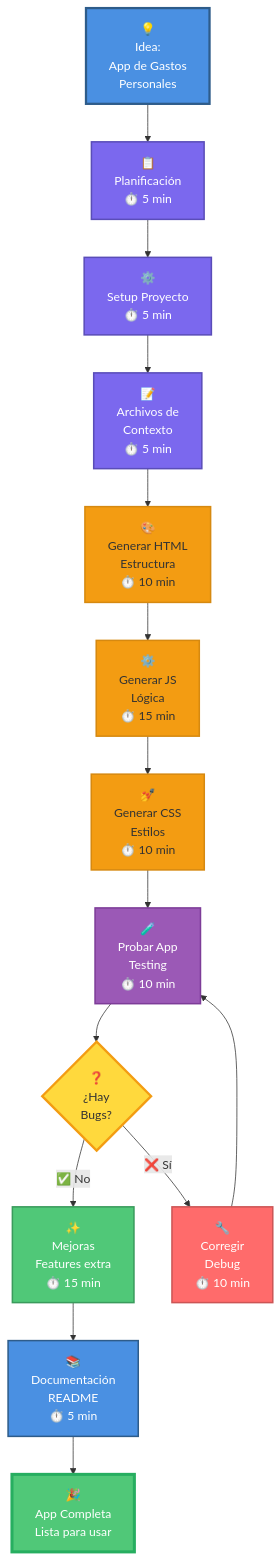
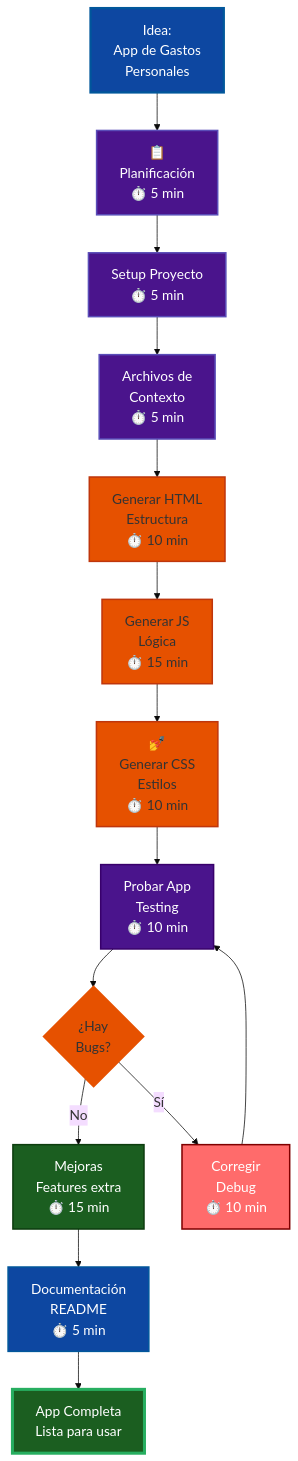
The third of 8 diagrams in courses/🟡-development/FPUNA-2026/00-FUNDAMENTOS-PRINCIPALES/05-proyecto-en-vivo.md (Ai-Whisperers/Courses-Content), drawn with Mermaid before and after one commit. The commit also changed other lines of this file and 47 other files, not shown here.

First line of the commit message:
fix: Make all 473 diagrams WCAG AAA accessible (FPUNA-2026)

````diff
--- a/courses/🟡-development/FPUNA-2026/00-FUNDAMENTOS-PRINCIPALES/05-proyecto-en-vivo.md
+++ b/courses/🟡-development/FPUNA-2026/00-FUNDAMENTOS-PRINCIPALES/05-proyecto-en-vivo.md
@@ -133,30 +135,31 @@
 ```mermaid
+%%{init: {'theme':'base', 'themeVariables': {'fontSize':'18px'}}}%%
 flowchart TD
-    Start["💡<br/>Idea:<br/>App de Gastos<br/>Personales"] --> Plan["📋<br/>Planificación<br/>⏱️ 5 min"]
-    Plan --> Setup["⚙️<br/>Setup Proyecto<br/>⏱️ 5 min"]
-    Setup --> Context["📝<br/>Archivos de<br/>Contexto<br/>⏱️ 5 min"]
-    Context --> Gen1["🎨<br/>Generar HTML<br/>Estructura<br/>⏱️ 10 min"]
-    Gen1 --> Gen2["⚙️<br/>Generar JS<br/>Lógica<br/>⏱️ 15 min"]
+    Start["Idea:<br/>App de Gastos<br/>Personales"] --> Plan["📋<br/>Planificación<br/>⏱️ 5 min"]
+    Plan --> Setup["Setup Proyecto<br/>⏱️ 5 min"]
+    Setup --> Context["Archivos de<br/>Contexto<br/>⏱️ 5 min"]
+    Context --> Gen1["Generar HTML<br/>Estructura<br/>⏱️ 10 min"]
+    Gen1 --> Gen2["Generar JS<br/>Lógica<br/>⏱️ 15 min"]
     Gen2 --> Gen3["💅<br/>Generar CSS<br/>Estilos<br/>⏱️ 10 min"]
-    Gen3 --> Test["🧪<br/>Probar App<br/>Testing<br/>⏱️ 10 min"]
-    Test --> Debug{"❓<br/>¿Hay<br/>Bugs?"}
-    Debug -->|"✅ No"| Improve["✨<br/>Mejoras<br/>Features extra<br/>⏱️ 15 min"]
-    Debug -->|"❌ Sí"| Fix["🔧<br/>Corregir<br/>Debug<br/>⏱️ 10 min"]
+    Gen3 --> Test["Probar App<br/>Testing<br/>⏱️ 10 min"]
+    Test --> Debug{"¿Hay<br/>Bugs?"}
+    Debug -->|"No"| Improve["Mejoras<br/>Features extra<br/>⏱️ 15 min"]
+    Debug -->|"Sí"| Fix["Corregir<br/>Debug<br/>⏱️ 10 min"]
     Fix --> Test
-    Improve --> Doc["📚<br/>Documentación<br/>README<br/>⏱️ 5 min"]
-    Doc --> Final["🎉<br/>App Completa<br/>Lista para usar"]
+    Improve --> Doc["Documentación<br/>README<br/>⏱️ 5 min"]
+    Doc --> Final["App Completa<br/>Lista para usar"]
     
-    style Start fill:#4A90E2,stroke:#2E5C8A,stroke-width:3px,color:#fff
-    style Plan fill:#7B68EE,stroke:#5A4DB8,stroke-width:2px,color:#fff
-    style Setup fill:#7B68EE,stroke:#5A4DB8,stroke-width:2px,color:#fff
-    style Context fill:#7B68EE,stroke:#5A4DB8,stroke-width:2px,color:#fff
-    style Gen1 fill:#F39C12,stroke:#D68910,stroke-width:2px,color:#333
-    style Gen2 fill:#F39C12,stroke:#D68910,stroke-width:2px,color:#333
-    style Gen3 fill:#F39C12,stroke:#D68910,stroke-width:2px,color:#333
-    style Test fill:#9B59B6,stroke:#7D3C98,stroke-width:2px,color:#fff
-    style Debug fill:#FFD93D,stroke:#F39C12,stroke-width:3px,color:#333
-    style Fix fill:#FF6B6B,stroke:#CC5555,stroke-width:2px,color:#fff
-    style Improve fill:#50C878,stroke:#3A9B5C,stroke-width:2px,color:#fff
-    style Doc fill:#4A90E2,stroke:#2E5C8A,stroke-width:2px,color:#fff
-    style Final fill:#50C878,stroke:#27AE60,stroke-width:4px,color:#fff
+    style Start fill:#0d47a1,stroke:#01579b,stroke-width:3px,color:#fff
+    style Plan fill:#4a148c,stroke:#5A4DB8,stroke-width:2px,color:#fff
+    style Setup fill:#4a148c,stroke:#5A4DB8,stroke-width:2px,color:#fff
+    style Context fill:#4a148c,stroke:#5A4DB8,stroke-width:2px,color:#fff
+    style Gen1 fill:#e65100,stroke:#bf360c,stroke-width:2px,color:#333
+    style Gen2 fill:#e65100,stroke:#bf360c,stroke-width:2px,color:#333
+    style Gen3 fill:#e65100,stroke:#bf360c,stroke-width:2px,color:#333
+    style Test fill:#4a148c,stroke:#38006b,stroke-width:2px,color:#fff
+    style Debug fill:#e65100,stroke:#e65100,stroke-width:3px,color:#333
+    style Fix fill:#FF6B6B,stroke:#7f0000,stroke-width:2px,color:#fff
+    style Improve fill:#1b5e20,stroke:#0d3d0f,stroke-width:2px,color:#fff
+    style Doc fill:#0d47a1,stroke:#01579b,stroke-width:2px,color:#fff
+    style Final fill:#1b5e20,stroke:#27AE60,stroke-width:4px,color:#fff
 ```
````
